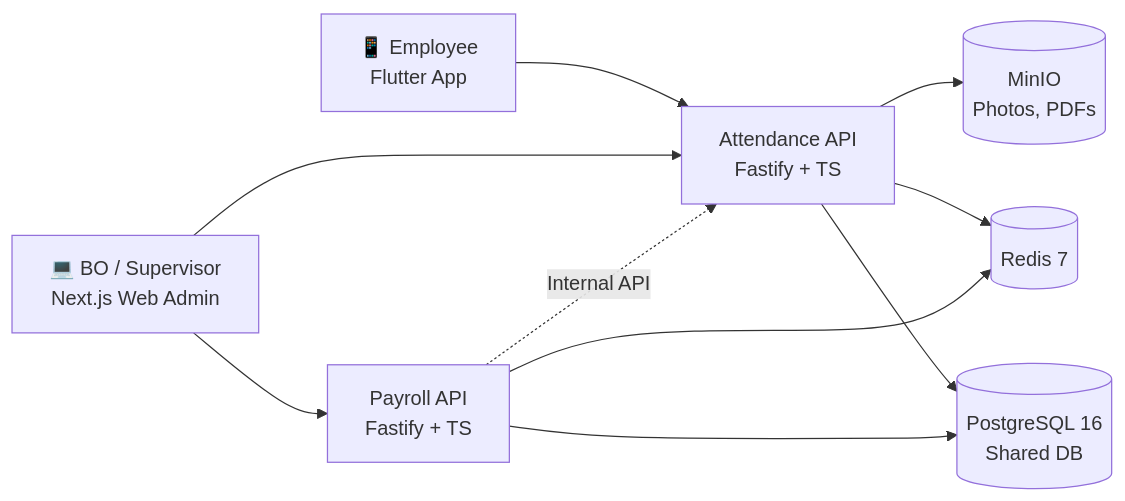
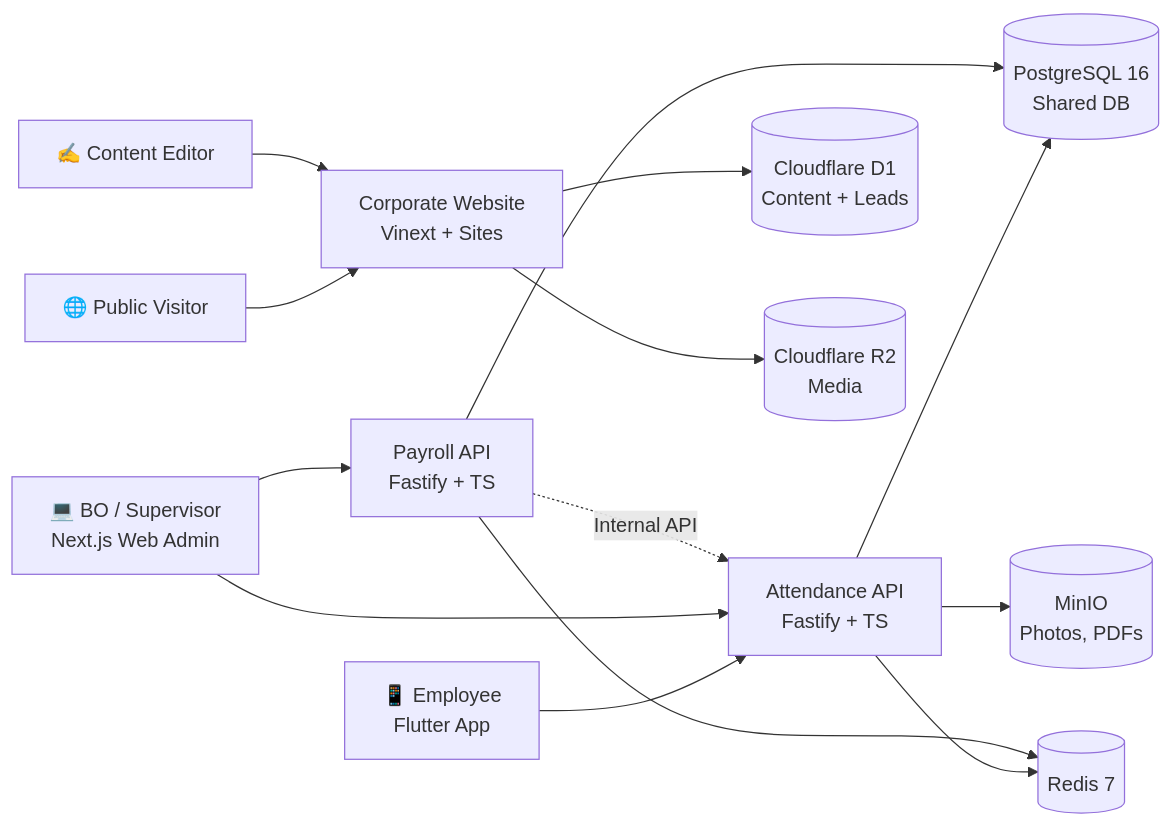
The diagram in 3-technical/3.1-system-foundation/architecture/system-overview.md (hungtrandigital/AKAIOS), drawn with Mermaid before and after one commit. The commit also changed other lines of this file and 114 other files, not shown here.

Commit message:
feat: add AKAIUNSAN corporate website

````diff
--- a/3-technical/3.1-system-foundation/architecture/system-overview.md
+++ b/3-technical/3.1-system-foundation/architecture/system-overview.md
@@ -16,12 +16,16 @@
 ```mermaid
 graph LR
     Employee[📱 Employee<br/>Flutter App] --> AttendanceAPI[Attendance API<br/>Fastify + TS]
     BO[💻 BO / Supervisor<br/>Next.js Web Admin] --> AttendanceAPI
     BO --> PayrollAPI[Payroll API<br/>Fastify + TS]
     AttendanceAPI --> Postgres[(PostgreSQL 16<br/>Shared DB)]
     PayrollAPI --> Postgres
     AttendanceAPI --> Redis[(Redis 7)]
     PayrollAPI --> Redis
     AttendanceAPI --> MinIO[(MinIO<br/>Photos, PDFs)]
     PayrollAPI -.Internal API.-> AttendanceAPI
+    Visitor[🌐 Public Visitor] --> Corporate[Corporate Website<br/>Vinext + Sites]
+    Editor[✍️ Content Editor] --> Corporate
+    Corporate --> D1[(Cloudflare D1<br/>Content + Leads)]
+    Corporate --> R2[(Cloudflare R2<br/>Media)]
 ```
````
